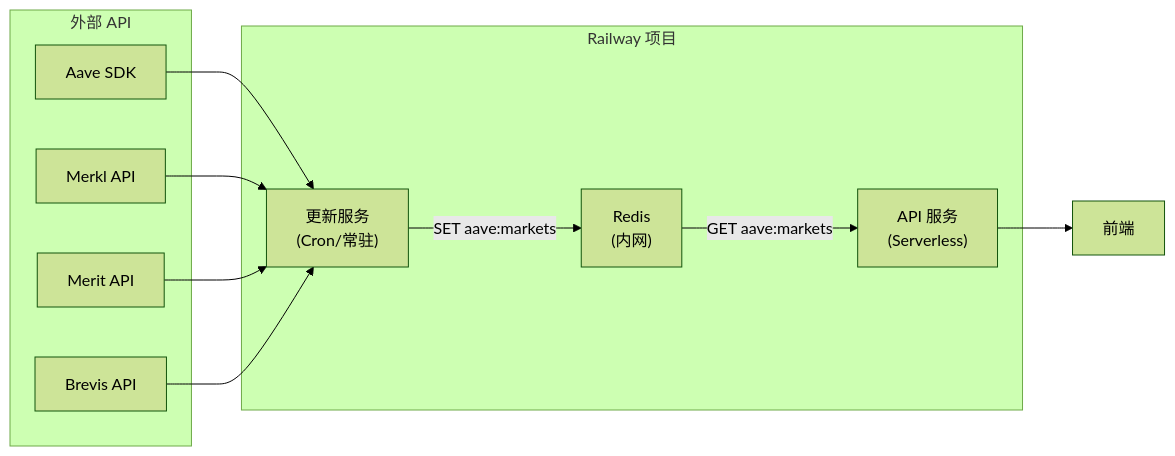
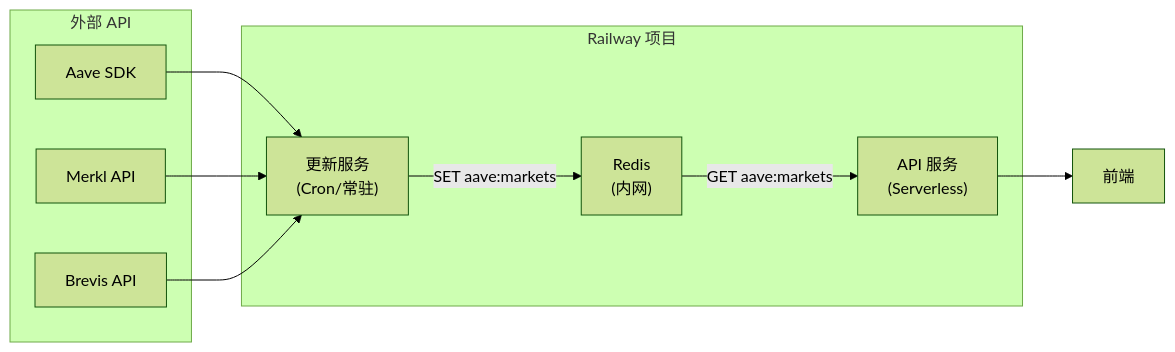
Before and after one commit to 0xPabloLI/aave-protocol-analysis: the diagram in docs/deploy/railway-three-service-architecture.md, drawn with Mermaid (forest theme). The commit also changed other lines of this file and 55 other files, not shown here.

First line of the commit message:
feat(fetcher)!: retire Merit ingest chain and API fields (AAV-1289 T4+T5)

````diff
--- a/docs/deploy/railway-three-service-architecture.md
+++ b/docs/deploy/railway-three-service-architecture.md
@@ -51,23 +51,21 @@
 ```mermaid
 flowchart LR
     subgraph External["外部 API"]
         AAVE["Aave SDK"]
         MERKL["Merkl API"]
-        MERIT["Merit API"]
         BREVIS["Brevis API"]
     end
 
     subgraph Railway["Railway 项目"]
         WORKER["更新服务\n(Cron/常驻)"]
         REDIS["Redis\n(内网)"]
         API["API 服务\n(Serverless)"]
     end
 
     AAVE --> WORKER
     MERKL --> WORKER
-    MERIT --> WORKER
     BREVIS --> WORKER
     WORKER -- "SET aave:markets" --> REDIS
     REDIS -- "GET aave:markets" --> API
     API --> CLIENT["前端"]
 ```
````
